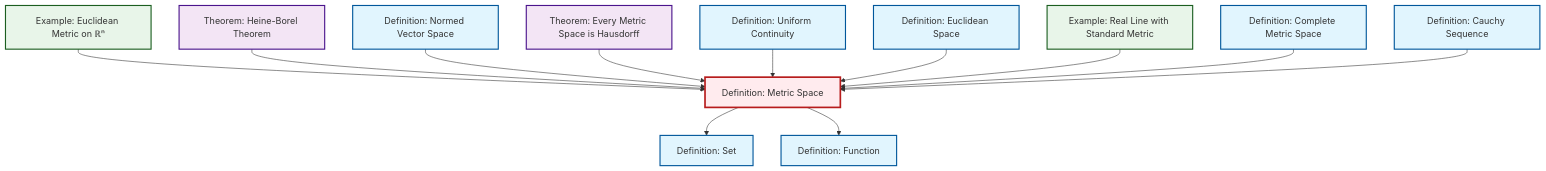
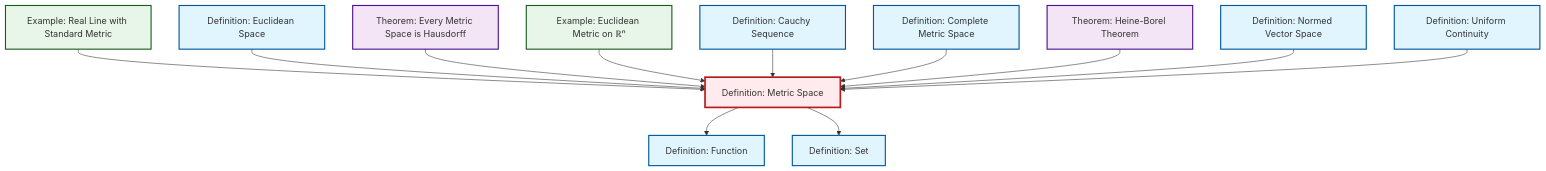
Before and after one commit to RK0429/ModernMath: the diagram in content/ja/analysis/def-metric-space.qmd, drawn with Mermaid. The commit also changed other lines of this file and 634 other files, not shown here.

````diff
--- a/content/ja/analysis/def-metric-space.qmd
+++ b/content/ja/analysis/def-metric-space.qmd
@@ -52,44 +52,44 @@
 ```{mermaid}
 %%| fig-cap: "Local dependency graph"
 graph TD
     classDef definition fill:#e1f5fe,stroke:#01579b,stroke-width:2px
     classDef theorem fill:#f3e5f5,stroke:#4a148c,stroke-width:2px
     classDef axiom fill:#fff3e0,stroke:#e65100,stroke-width:2px
     classDef example fill:#e8f5e9,stroke:#1b5e20,stroke-width:2px
     classDef current fill:#ffebee,stroke:#b71c1c,stroke-width:3px
+    def-euclidean-space["Definition: Euclidean Space"]:::definition
+    thm-metric-hausdorff["Theorem: Every Metric Space is Hausdorff"]:::theorem
+    ex-real-line-metric["Example: Real Line with Standard Metric"]:::example
+    thm-heine-borel["Theorem: Heine-Borel Theorem"]:::theorem
+    def-cauchy-sequence["Definition: Cauchy Sequence"]:::definition
+    def-function["Definition: Function"]:::definition
     def-metric-space["Definition: Metric Space"]:::definition
+    def-uniform-continuity["Definition: Uniform Continuity"]:::definition
     def-complete-metric-space["Definition: Complete Metric Space"]:::definition
     def-set["Definition: Set"]:::definition
-    thm-metric-hausdorff["Theorem: Every Metric Space is Hausdorff"]:::theorem
-    ex-real-line-metric["Example: Real Line with Standard Metric"]:::example
-    def-cauchy-sequence["Definition: Cauchy Sequence"]:::definition
-    def-uniform-continuity["Definition: Uniform Continuity"]:::definition
     ex-euclidean-metric["Example: Euclidean Metric on ℝⁿ"]:::example
-    def-euclidean-space["Definition: Euclidean Space"]:::definition
     def-normed-vector-space["Definition: Normed Vector Space"]:::definition
-    thm-heine-borel["Theorem: Heine-Borel Theorem"]:::theorem
-    def-function["Definition: Function"]:::definition
-    def-metric-space --> def-set
+    def-metric-space --> def-function
+    ex-real-line-metric --> def-metric-space
+    def-euclidean-space --> def-metric-space
+    thm-metric-hausdorff --> def-metric-space
     ex-euclidean-metric --> def-metric-space
-    def-metric-space --> def-function
+    def-cauchy-sequence --> def-metric-space
+    def-complete-metric-space --> def-metric-space
     thm-heine-borel --> def-metric-space
     def-normed-vector-space --> def-metric-space
-    thm-metric-hausdorff --> def-metric-space
+    def-metric-space --> def-set
     def-uniform-continuity --> def-metric-space
-    def-euclidean-space --> def-metric-space
-    ex-real-line-metric --> def-metric-space
-    def-complete-metric-space --> def-metric-space
-    def-cauchy-sequence --> def-metric-space
     class def-metric-space current
+    click def-euclidean-space "def-euclidean-space.html" "Definition: Euclidean Spaceへ"
+    click thm-metric-hausdorff "thm-metric-hausdorff.html" "Theorem: Every Metric Space is Hausdorffへ"
+    click ex-real-line-metric "ex-real-line-metric.html" "Example: Real Line with Standard Metricへ"
+    click thm-heine-borel "thm-heine-borel.html" "Theorem: Heine-Borel Theoremへ"
+    click def-cauchy-sequence "def-cauchy-sequence.html" "Definition: Cauchy Sequenceへ"
+    click def-function "def-function.html" "Definition: Functionへ"
+    click def-uniform-continuity "def-uniform-continuity.html" "Definition: Uniform Continuityへ"
     click def-complete-metric-space "def-complete-metric-space.html" "Definition: Complete Metric Spaceへ"
     click def-set "def-set.html" "Definition: Setへ"
-    click thm-metric-hausdorff "thm-metric-hausdorff.html" "Theorem: Every Metric Space is Hausdorffへ"
-    click ex-real-line-metric "ex-real-line-metric.html" "Example: Real Line with Standard Metricへ"
-    click def-cauchy-sequence "def-cauchy-sequence.html" "Definition: Cauchy Sequenceへ"
-    click def-uniform-continuity "def-uniform-continuity.html" "Definition: Uniform Continuityへ"
     click ex-euclidean-metric "ex-euclidean-metric.html" "Example: Euclidean Metric on ℝⁿへ"
-    click def-euclidean-space "def-euclidean-space.html" "Definition: Euclidean Spaceへ"
     click def-normed-vector-space "def-normed-vector-space.html" "Definition: Normed Vector Spaceへ"
-    click thm-heine-borel "thm-heine-borel.html" "Theorem: Heine-Borel Theoremへ"
-    click def-function "def-function.html" "Definition: Functionへ"
 ```
````
